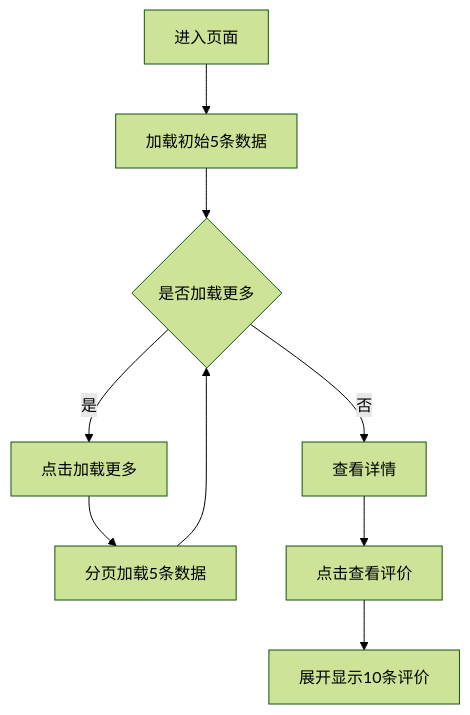
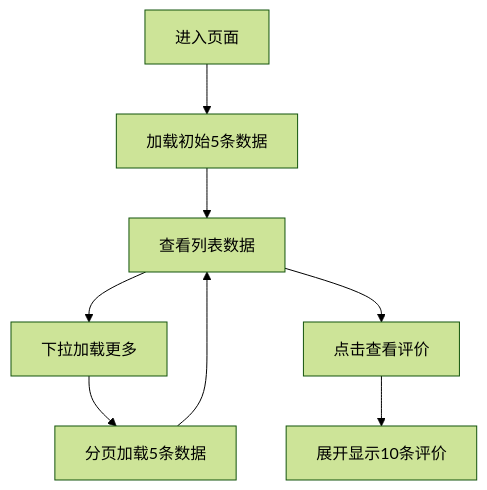
The second of 2 diagrams in .trae/documents/银川本地生活服务小程序PRD.md (HandyES/Trae-Test_1), drawn with Mermaid (forest theme) before and after one commit. The commit also changed other lines of this file and 35 other files, not shown here.

````diff
--- a/.trae/documents/银川本地生活服务小程序PRD.md
+++ b/.trae/documents/银川本地生活服务小程序PRD.md
@@ -64,11 +64,10 @@
 ```mermaid
 graph TD
     A[进入页面] --> B[加载初始5条数据]
-    B --> C{是否加载更多}
-    C -->|是| D[点击加载更多]
+    B --> C[查看列表数据]
+    C --> D[下拉加载更多]
     D --> E[分页加载5条数据]
-    C -->|否| F[查看详情]
     E --> C
-    F --> G[点击查看评价]
-    G --> H[展开显示10条评价]
+    C --> F[点击查看评价]
+    F --> G[展开显示10条评价]
 ```
````
